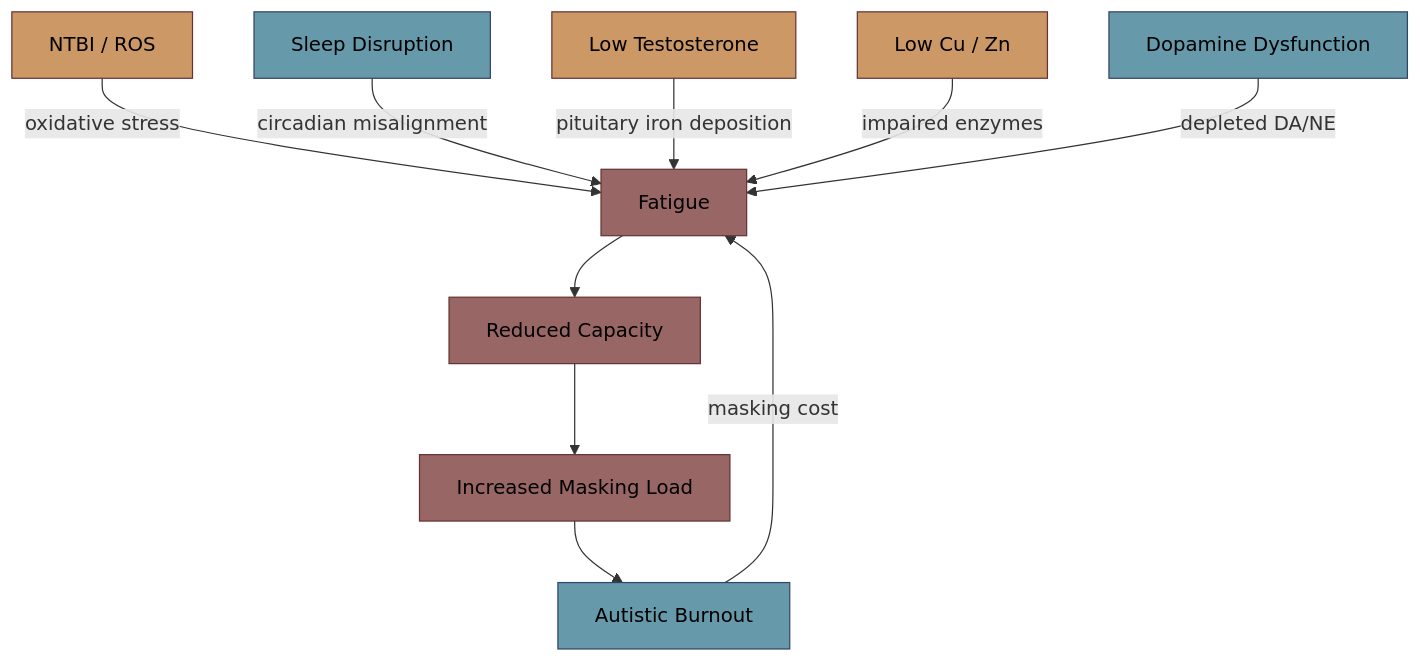
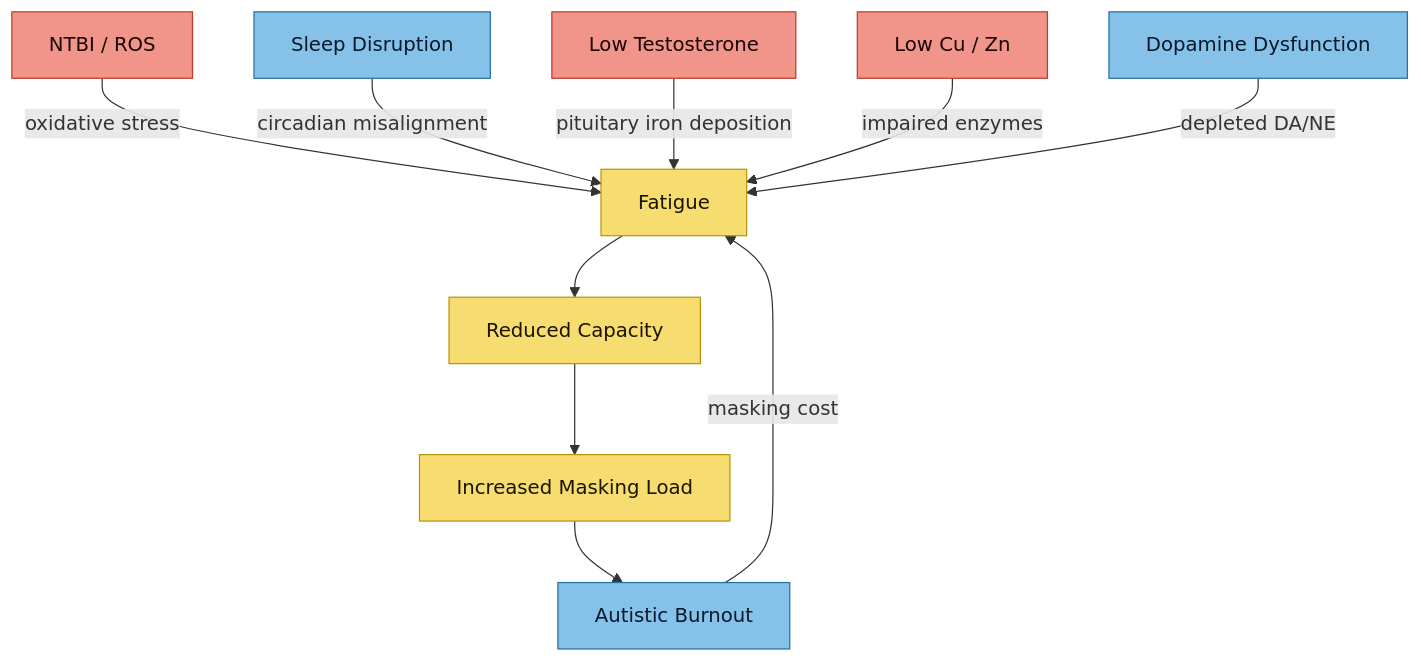
The diagram in symptoms/Fatigue and Burnout.md (Aegis-commits/ag-hfe-adhd-asd-research), drawn with Mermaid before and after one commit. The commit also changed 39 other files, not shown here.

First line of the commit message:
docs(vault): standardise diagram colours for light-mode readability, add MOC quick nav

````diff
--- a/symptoms/Fatigue and Burnout.md
+++ b/symptoms/Fatigue and Burnout.md
@@ -28,20 +28,20 @@
 ```mermaid
 flowchart TD
     A[NTBI / ROS] -->|oxidative stress| F[Fatigue]
     B[Autistic Burnout] -->|masking cost| F
     C[Sleep Disruption] -->|circadian misalignment| F
     D[Low Testosterone] -->|pituitary iron deposition| F
     E[Low Cu / Zn] -->|impaired enzymes| F
     G[Dopamine Dysfunction] -->|depleted DA/NE| F
     F --> H[Reduced Capacity]
     H --> I[Increased Masking Load]
     I --> B
 
-    classDef pathological fill:#c96,stroke:#633,color:#000
-    classDef neuro fill:#69a,stroke:#346,color:#000
-    classDef outcome fill:#966,stroke:#633,color:#000
+    classDef pathological fill:#f1948a,stroke:#c0392b,color:#1a0505
+    classDef neuro fill:#85c1e9,stroke:#2471a3,color:#0a1929
+    classDef outcome fill:#f7dc6f,stroke:#b7950b,color:#1a1400
 
     class A,D,E pathological
     class B,C,G neuro
     class F,H,I outcome
 ```
````
